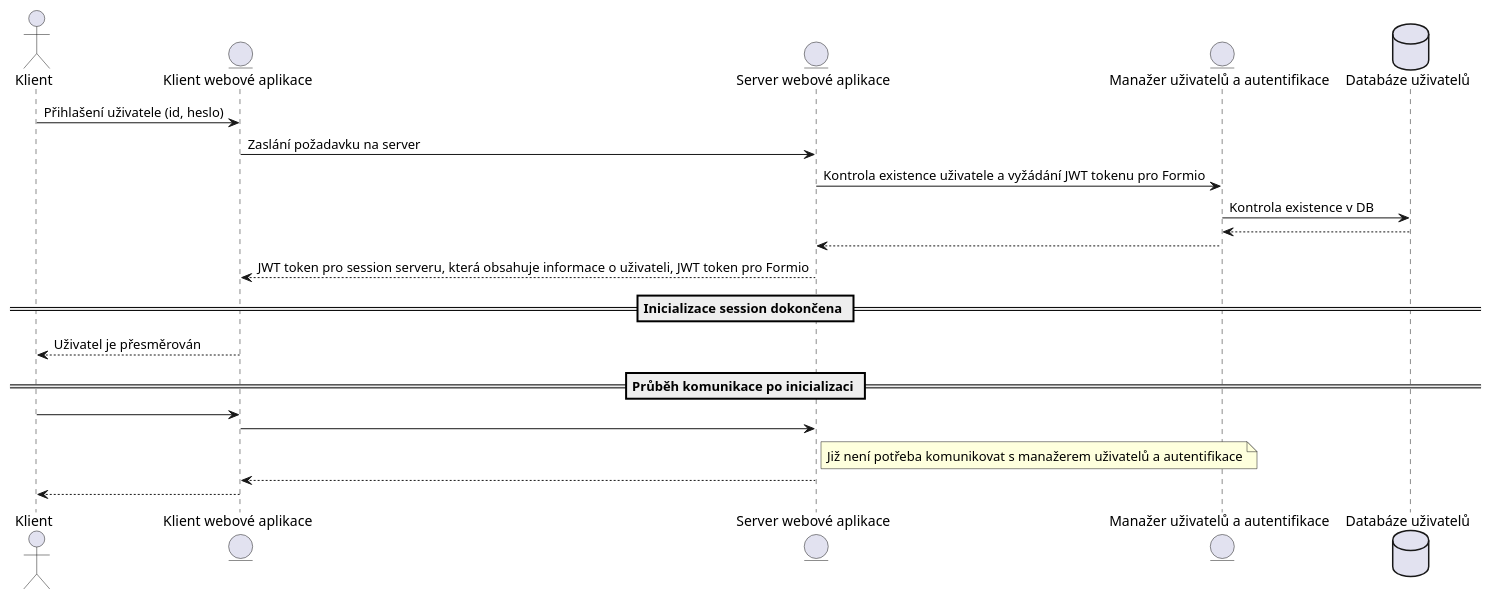
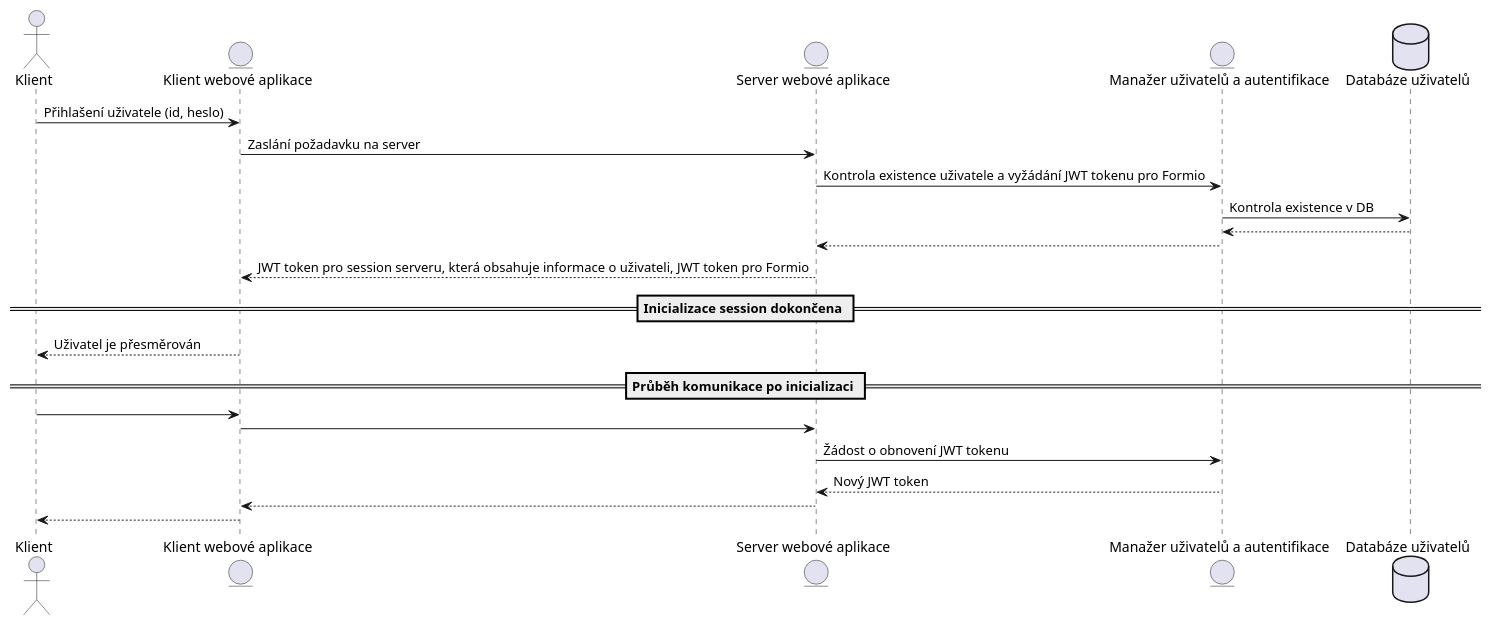
The diagram in docs/docs/Webová aplikace/Autentifikace.md (PatrikTrefil/mental-health-monitoring-platform), drawn with PlantUML before and after one commit. The commit also changed 1 other file, not shown here.

Commit message:
fix formio token rotation

````diff
--- a/docs/docs/Webová aplikace/Autentifikace.md
+++ b/docs/docs/Webová aplikace/Autentifikace.md
@@ -19,32 +19,33 @@
 ```plantuml
 @startuml
 actor klient as "Klient"
 entity webAppKlient as "Klient webové aplikace"
 entity webAppServer as "Server webové aplikace"
 entity manazerUzivatelu as "Manažer uživatelů a autentifikace"
 database uzivateleDb as "Databáze uživatelů"
 
 klient -> webAppKlient: Přihlašení uživatele (id, heslo)
 webAppKlient -> webAppServer: Zaslání požadavku na server
 webAppServer -> manazerUzivatelu: Kontrola existence uživatele a vyžádání JWT tokenu pro Formio
 manazerUzivatelu -> uzivateleDb: Kontrola existence v DB
 manazerUzivatelu <-- uzivateleDb
 
 webAppServer <-- manazerUzivatelu
 
 webAppKlient <-- webAppServer: JWT token pro session serveru, která obsahuje informace o uživateli, JWT token pro Formio
 
 == Inicializace session dokončena ==
 
 klient <-- webAppKlient: Uživatel je přesměrován
 
 == Průběh komunikace po inicializaci ==
 
 
 klient -> webAppKlient
 webAppKlient -> webAppServer
-note right of webAppServer: Již není potřeba komunikovat s manažerem uživatelů a autentifikace
+webAppServer -> manazerUzivatelu: Žádost o obnovení JWT tokenu
+webAppServer <-- manazerUzivatelu: Nový JWT token
 webAppKlient <-- webAppServer
 klient <-- webAppKlient
 @enduml
 ```
````
